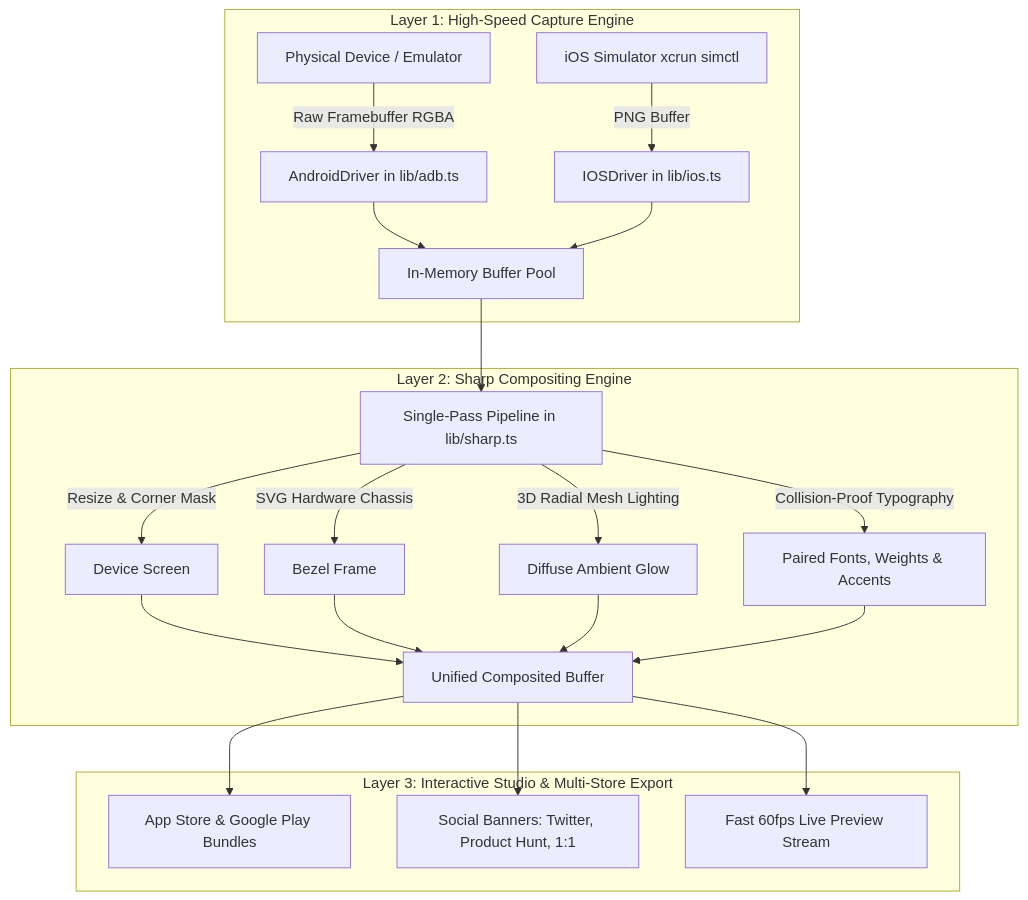
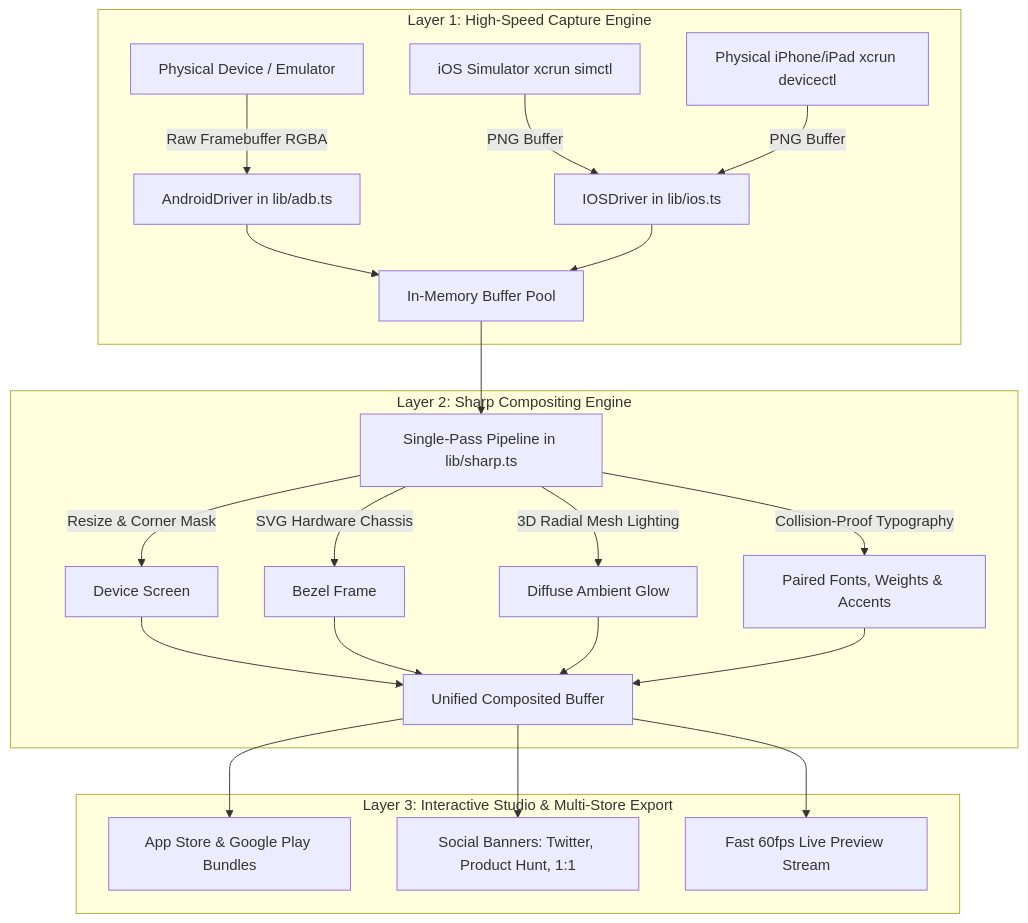
One commit to shriramsingh/adbsnap changed the diagram in docs/ROADMAP.md. Above: the diagram before and after it, drawn with Mermaid. The commit also changed other lines of this file and 38 other files, not shown here.

````diff
--- a/docs/ROADMAP.md
+++ b/docs/ROADMAP.md
@@ -21,23 +21,24 @@
 ```mermaid
 flowchart TD
     subgraph Capture [Layer 1: High-Speed Capture Engine]
         A1[Physical Device / Emulator] -->|Raw Framebuffer RGBA| B1[AndroidDriver in lib/adb.ts]
         A2[iOS Simulator xcrun simctl] -->|PNG Buffer| B2[IOSDriver in lib/ios.ts]
+        A3[Physical iPhone/iPad xcrun devicectl] -->|PNG Buffer| B2
         B1 & B2 --> C[In-Memory Buffer Pool]
     end
 
     subgraph Compositing [Layer 2: Sharp Compositing Engine]
         C --> D1[Single-Pass Pipeline in lib/sharp.ts]
         D1 -->|Resize & Corner Mask| E1[Device Screen]
         D1 -->|SVG Hardware Chassis| E2[Bezel Frame]
         D1 -->|3D Radial Mesh Lighting| E3[Diffuse Ambient Glow]
         D1 -->|Collision-Proof Typography| E4[Paired Fonts, Weights & Accents]
         E1 & E2 & E3 & E4 --> F[Unified Composited Buffer]
     end
 
     subgraph Studio [Layer 3: Interactive Studio & Multi-Store Export]
         F --> G1[App Store & Google Play Bundles]
         F --> G2[Social Banners: Twitter, Product Hunt, 1:1]
         F --> G3[Fast 60fps Live Preview Stream]
     end
 ```
````
